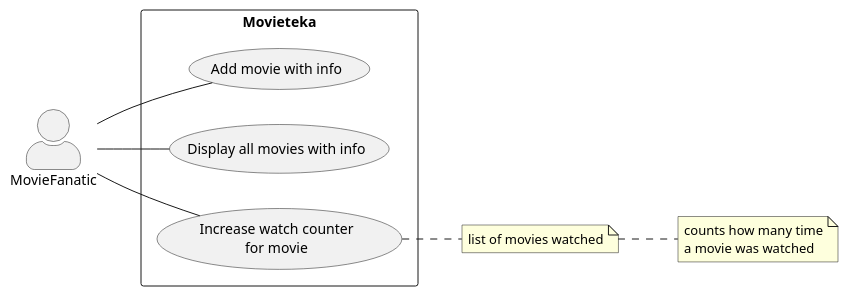
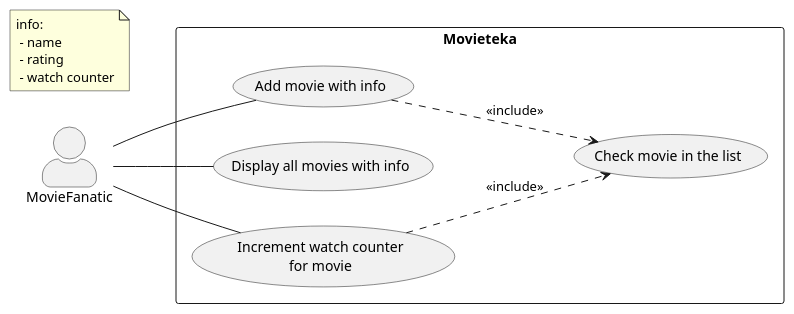
One commit to Krizsi96/SectionChallenge_13 changed the diagram in UML/Use Case Diagram.puml. Above: the diagram before and after it, drawn with PlantUML. The commit also changed 2 other files, not shown here.

Commit message:
add class diagram

```diff
--- a/UML/Use Case Diagram.puml
+++ b/UML/Use Case Diagram.puml
@@ -1,20 +1,25 @@
 @startuml Use Case Diagram
   skinparam actorStyle awesome
   left to right direction
   
   'Creating actors
   actor MovieFanatic
   
   rectangle "Movieteka" {
-    MovieFanatic -- (Add movie with info)
-    MovieFanatic -- (Display all movies with info)
-    MovieFanatic -- (Increase watch counter\nfor movie)
+    'Use cases
+    usecase Add as "Add movie with info"
+    usecase Display as "Display all movies with info"
+    usecase Increment as "Increment watch counter
+                          for movie"
+    usecase Check as "Check movie in the list"
+
+    MovieFanatic -- Add
+    MovieFanatic -- Display
+    MovieFanatic -- Increment
+    Increment ..> Check : <<include>>
+    Add ..> Check : <<include>>
   }
 
-  (Add movie with info)
-  note right : list of movies watched
-
-  (Increase watch counter\nfor movie)
-  note right : counts how many time\na movie was watched
+  note "info:\n - name\n - rating\n - watch counter" as note1
 
 @enduml
```
